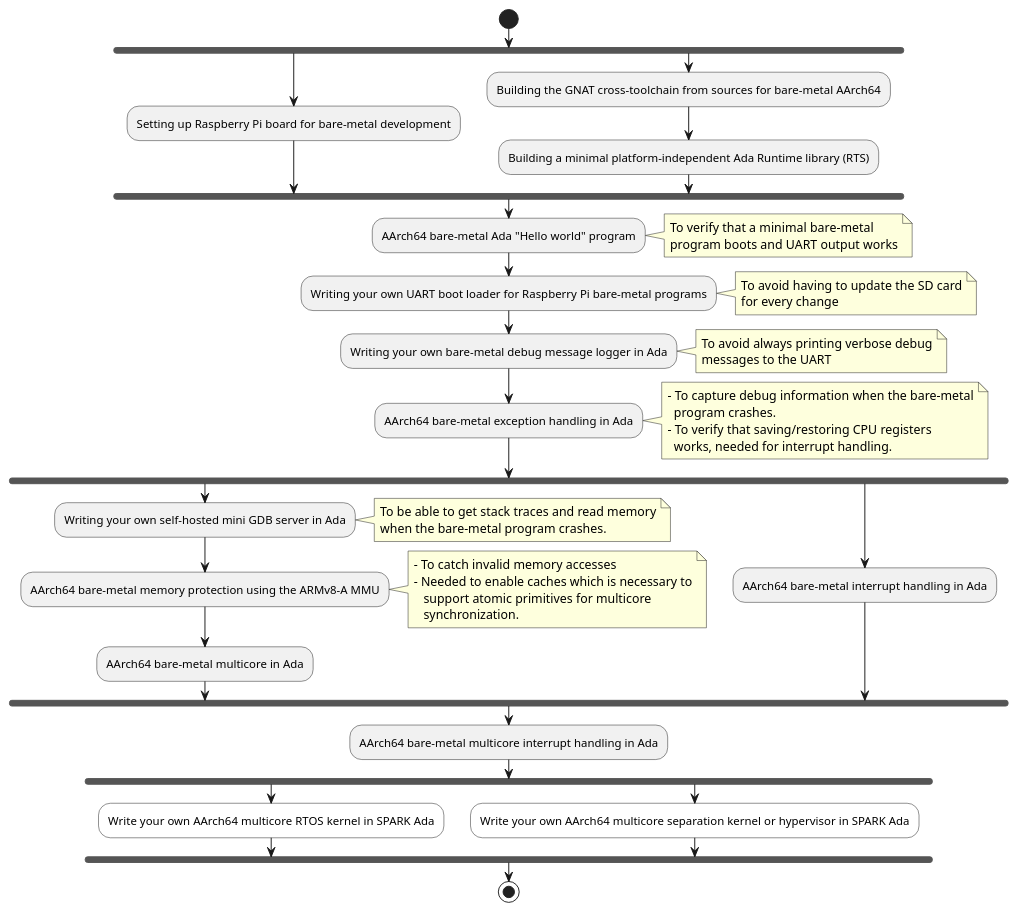
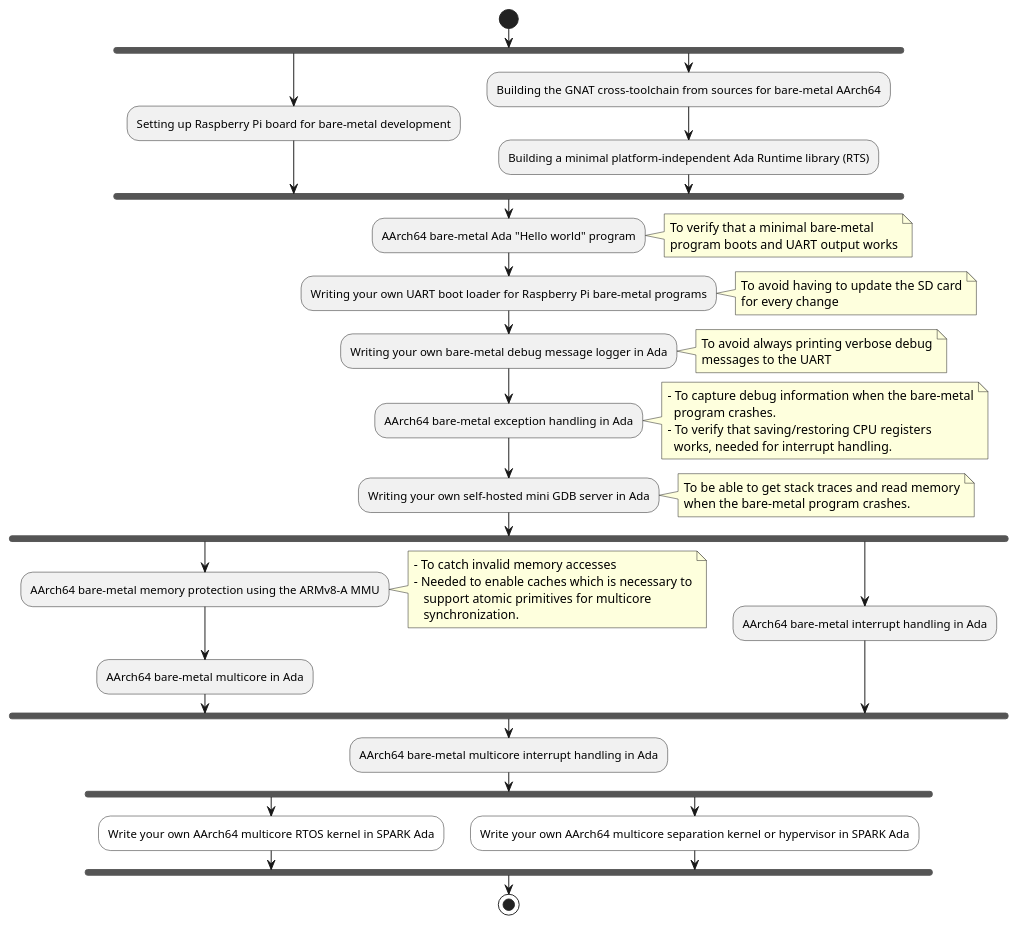
The first of 5 diagrams in docs/uml_diagrams.puml (jgrivera67/aarch64_bare_metal_ada), drawn with PlantUML before and after one commit. The commit also changed other lines of this file and 14 other files, not shown here.

```diff
--- a/docs/uml_diagrams.puml
+++ b/docs/uml_diagrams.puml
@@ -11,55 +11,55 @@
 @startuml arch64_bare_metal_tutorial_road_map
 start
 fork
   :Setting up Raspberry Pi board for bare-metal development;
 fork again
   :Building the GNAT cross-toolchain from sources for bare-metal AArch64;
   :Building a minimal platform-independent Ada Runtime library (RTS);
 end fork
 :AArch64 bare-metal Ada "Hello world" program;
 note right
   To verify that a minimal bare-metal
   program boots and UART output works
 end note
 :Writing your own UART boot loader for Raspberry Pi bare-metal programs;
 note right
   To avoid having to update the SD card
   for every change
 end note
 :Writing your own bare-metal debug message logger in Ada;
 note right
   To avoid always printing verbose debug
   messages to the UART
 end note
 :AArch64 bare-metal exception handling in Ada;
 note right
   - To capture debug information when the bare-metal
     program crashes.
   - To verify that saving/restoring CPU registers
     works, needed for interrupt handling.
 end note
+:Writing your own self-hosted mini GDB server in Ada;
+note right
+  To be able to get stack traces and read memory
+  when the bare-metal program crashes.
+end note
 fork
-   :Writing your own self-hosted mini GDB server in Ada;
-   note right
-   To be able to get stack traces and read memory
-   when the bare-metal program crashes.
-   end note
    :AArch64 bare-metal memory protection using the ARMv8-A MMU;
    note right
    - To catch invalid memory accesses
    - Needed to enable caches which is necessary to
       support atomic primitives for multicore
       synchronization.
    end note
    :AArch64 bare-metal multicore in Ada;
 fork again
    :AArch64 bare-metal interrupt handling in Ada;
 end fork
 :AArch64 bare-metal multicore interrupt handling in Ada;
 fork
   #white:Write your own AArch64 multicore RTOS kernel in SPARK Ada;
 fork again
   #white:Write your own AArch64 multicore separation kernel or hypervisor in SPARK Ada;
 end fork
 stop
 @enduml
```
